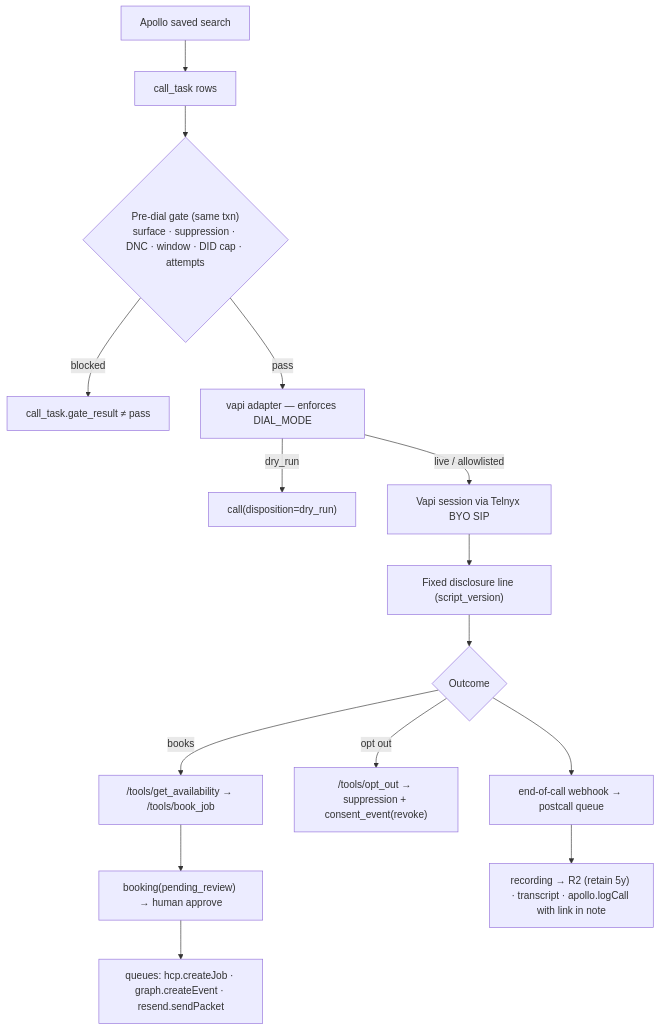
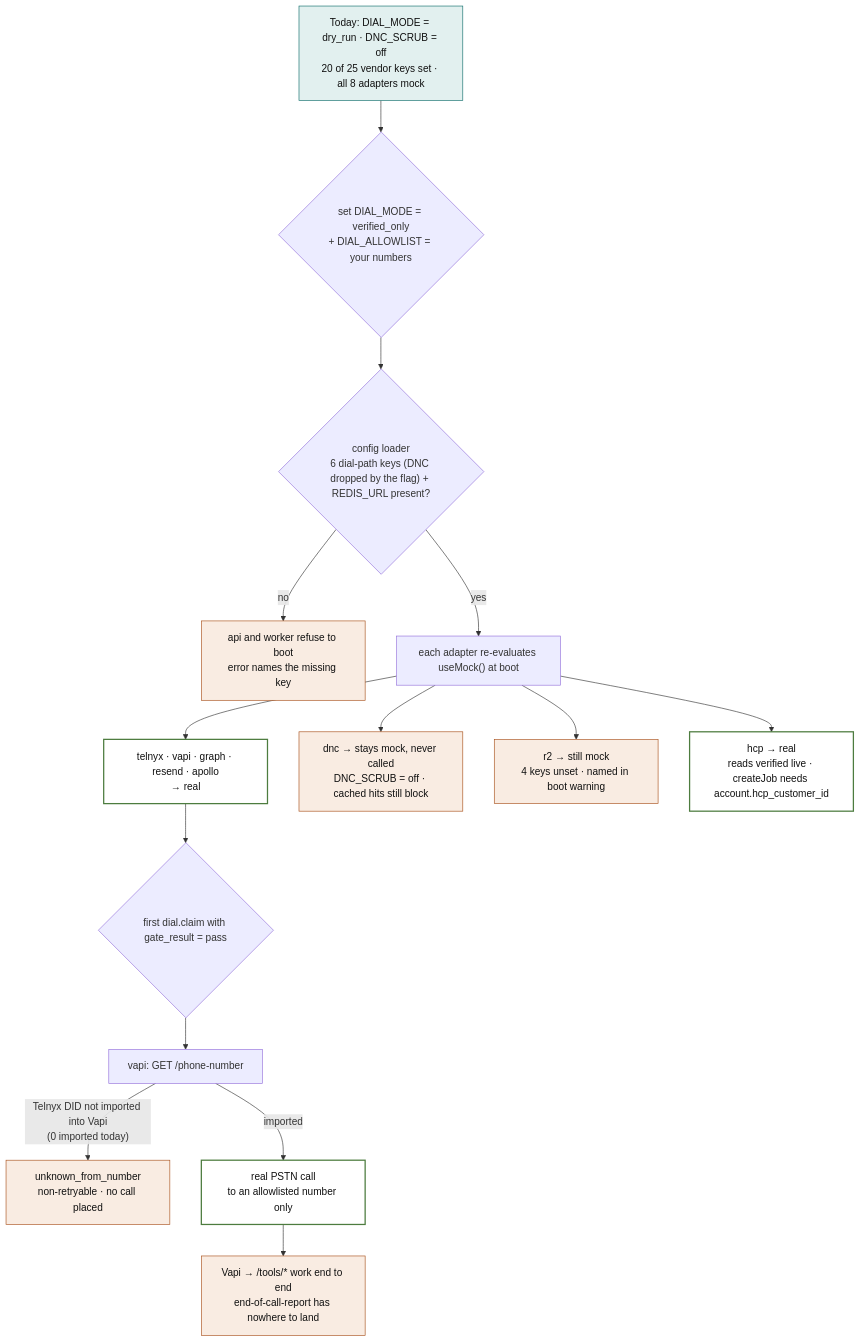
The seventh of 7 diagrams in docs/ARCHITECTURE.md (MAKaminski/tm-voice), drawn with Mermaid before and after one commit. The commit also changed other lines of this file and 18 other files, not shown here.

First line of the commit message:
HCP client, DNC_SCRUB flag, ARCHITECTURE.md rewrite (#8)

````diff
--- a/docs/ARCHITECTURE.md
+++ b/docs/ARCHITECTURE.md
@@ -86,17 +313,24 @@
 ```mermaid
 flowchart TD
-  A["Apollo saved search"] --> B["call_task rows"]
-  B --> C{"Pre-dial gate (same txn)<br/>surface · suppression · DNC · window · DID cap · attempts"}
-  C -->|"blocked"| X["call_task.gate_result ≠ pass"]
-  C -->|"pass"| D["vapi adapter — enforces DIAL_MODE"]
-  D -->|"dry_run"| Y["call(disposition=dry_run)"]
-  D -->|"live / allowlisted"| E["Vapi session via Telnyx BYO SIP"]
-  E --> F["Fixed disclosure line (script_version)"]
-  F --> G{"Outcome"}
-  G -->|"books"| H["/tools/get_availability → /tools/book_job"]
-  H --> I["booking(pending_review) → human approve"]
-  I --> J["queues: hcp.createJob · graph.createEvent · resend.sendPacket"]
-  G -->|"opt out"| L["/tools/opt_out → suppression + consent_event(revoke)"]
-  G --> N["end-of-call webhook → postcall queue"]
-  N --> O["recording → R2 (retain 5y) · transcript · apollo.logCall with link in note"]
+  classDef now fill:#e2f0ef,stroke:#0e6d6a,color:#111
+  classDef ok fill:#fff,stroke:#4d7c3f,stroke-width:2px,color:#111
+  classDef warn fill:#f9ece2,stroke:#a8501a,color:#111
+  classDef gap fill:#fff,stroke:#a8501a,stroke-dasharray:5 3,color:#a8501a
+
+  A["Today: DIAL_MODE = dry_run · DNC_SCRUB = off<br/>20 of 25 vendor keys set · all 8 adapters mock"]:::now
+  A --> B{"set DIAL_MODE = verified_only<br/>+ DIAL_ALLOWLIST = your numbers"}
+  B --> C{"config loader<br/>6 dial-path keys (DNC dropped by the flag) + REDIS_URL present?"}
+  C -->|"no"| X["api and worker refuse to boot<br/>error names the missing key"]:::warn
+  C -->|"yes"| D["each adapter re-evaluates useMock() at boot"]
+
+  D --> E["telnyx · vapi · graph · resend · apollo<br/>→ real"]:::ok
+  D --> F["dnc → stays mock, never called<br/>DNC_SCRUB = off · cached hits still block"]:::warn
+  D --> G["r2 → still mock<br/>4 keys unset · named in boot warning"]:::warn
+  D --> H["hcp → real<br/>reads verified live · createJob needs account.hcp_customer_id"]:::ok
+
+  E --> J{"first dial.claim with gate_result = pass"}
+  J --> K["vapi: GET /phone-number"]
+  K -->|"Telnyx DID not imported into Vapi<br/>(0 imported today)"| L["unknown_from_number<br/>non-retryable · no call placed"]:::warn
+  K -->|"imported"| M["real PSTN call<br/>to an allowlisted number only"]:::ok
+  M --> N["Vapi → /tools/* work end to end<br/>end-of-call-report has nowhere to land"]:::warn
 ```
````
